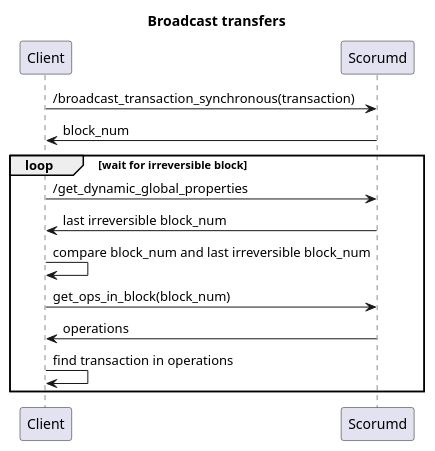
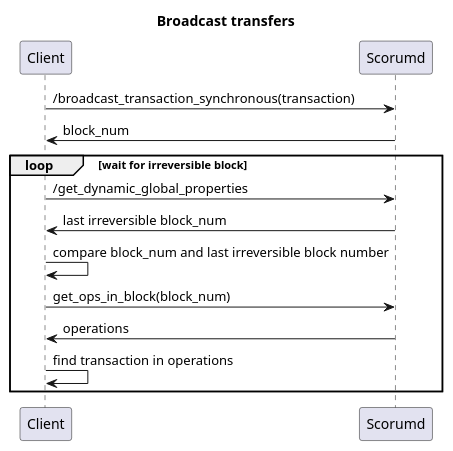
One commit to scorum/scorum-go changed the diagram in examples/deposits/diagrams/broadcast.wsd. Above: the diagram before and after it, drawn with PlantUML. The commit also changed 2 other files, not shown here.

```diff
--- a/examples/deposits/diagrams/broadcast.wsd
+++ b/examples/deposits/diagrams/broadcast.wsd
@@ -1,11 +1,11 @@
 title Broadcast transfers
 Client->Scorumd: /broadcast_transaction_synchronous(transaction)
 Scorumd->Client: block_num
 loop wait for irreversible block
 Client->Scorumd: /get_dynamic_global_properties
 Scorumd->Client: last irreversible block_num
-Client->Client: compare block_num and last irreversible block_num
+Client->Client: compare block_num and last irreversible block number
 Client->Scorumd:get_ops_in_block(block_num)
 Scorumd->Client: operations
 Client->Client: find transaction in operations
 end
```
